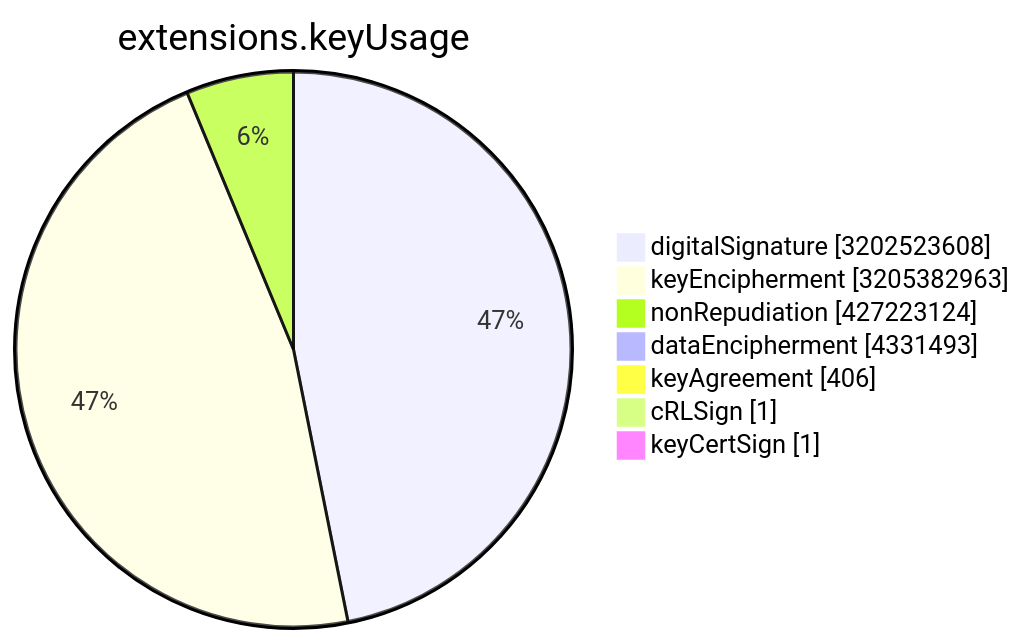
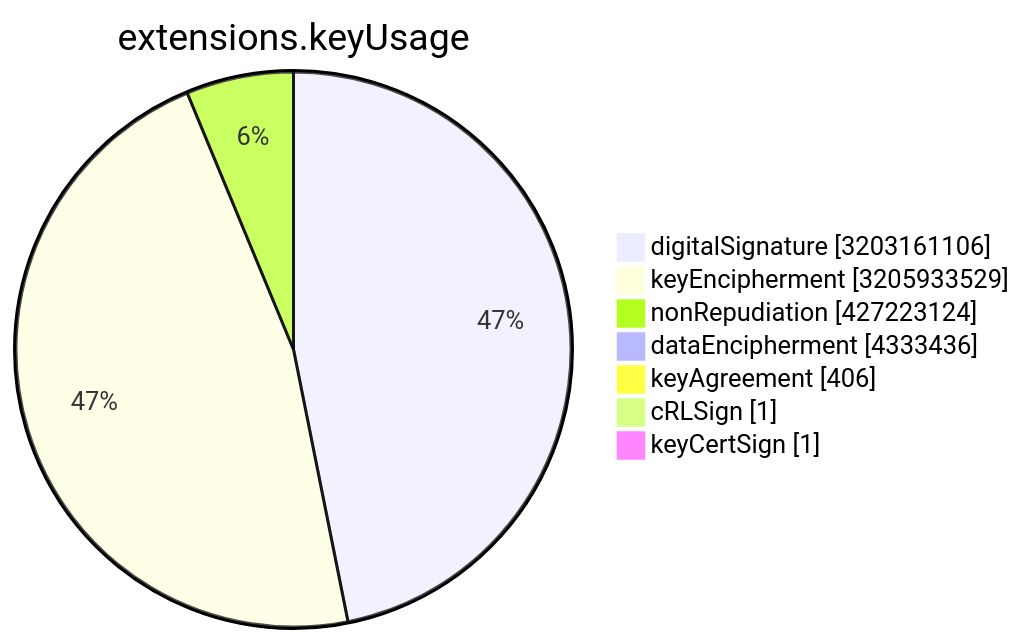
Before and after one commit to christiankrug/ctmonitor_visualization: the sixth of 15 diagrams in TOTAL/README.md, drawn with Mermaid. The commit also changed other lines of this file, not shown here.

````diff
--- a/TOTAL/README.md
+++ b/TOTAL/README.md
@@ -3077,11 +3077,11 @@
 ```mermaid
 pie showData
 title extensions.keyUsage
-"digitalSignature" :3202523608
-"keyEncipherment" :3205382963
+"digitalSignature" :3203161106
+"keyEncipherment" :3205933529
 "nonRepudiation" :427223124
-"dataEncipherment" :4331493
+"dataEncipherment" :4333436
 "keyAgreement" :406
 "cRLSign" :1
 "keyCertSign" :1
 ```
````
